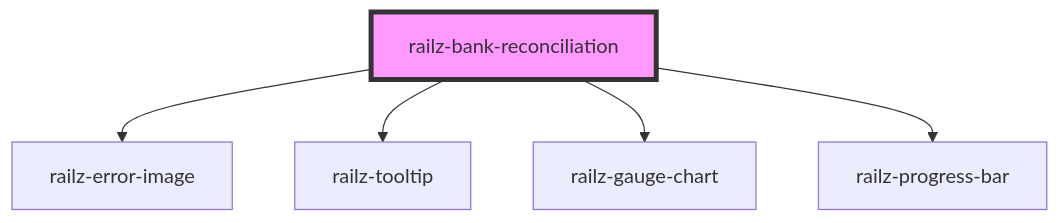
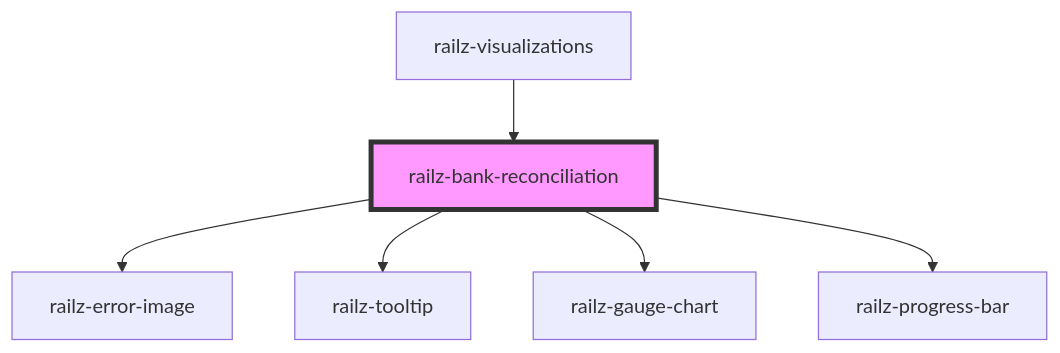
One commit to railz-ai/railz-visualizations changed the diagram in packages/components/src/elements/bank-reconciliation/readme.md. Above: the diagram before and after it, drawn with Mermaid. The commit also changed other lines of this file and 9 other files, not shown here.

Commit message:
feat: update bank reconciliation error messages to correct values

````diff
--- a/packages/components/src/elements/bank-reconciliation/readme.md
+++ b/packages/components/src/elements/bank-reconciliation/readme.md
@@ -24,8 +28,9 @@
 ```mermaid
 graph TD;
   railz-bank-reconciliation --> railz-error-image
   railz-bank-reconciliation --> railz-tooltip
   railz-bank-reconciliation --> railz-gauge-chart
   railz-bank-reconciliation --> railz-progress-bar
+  railz-visualizations --> railz-bank-reconciliation
   style railz-bank-reconciliation fill:#f9f,stroke:#333,stroke-width:4px
 ```
````
